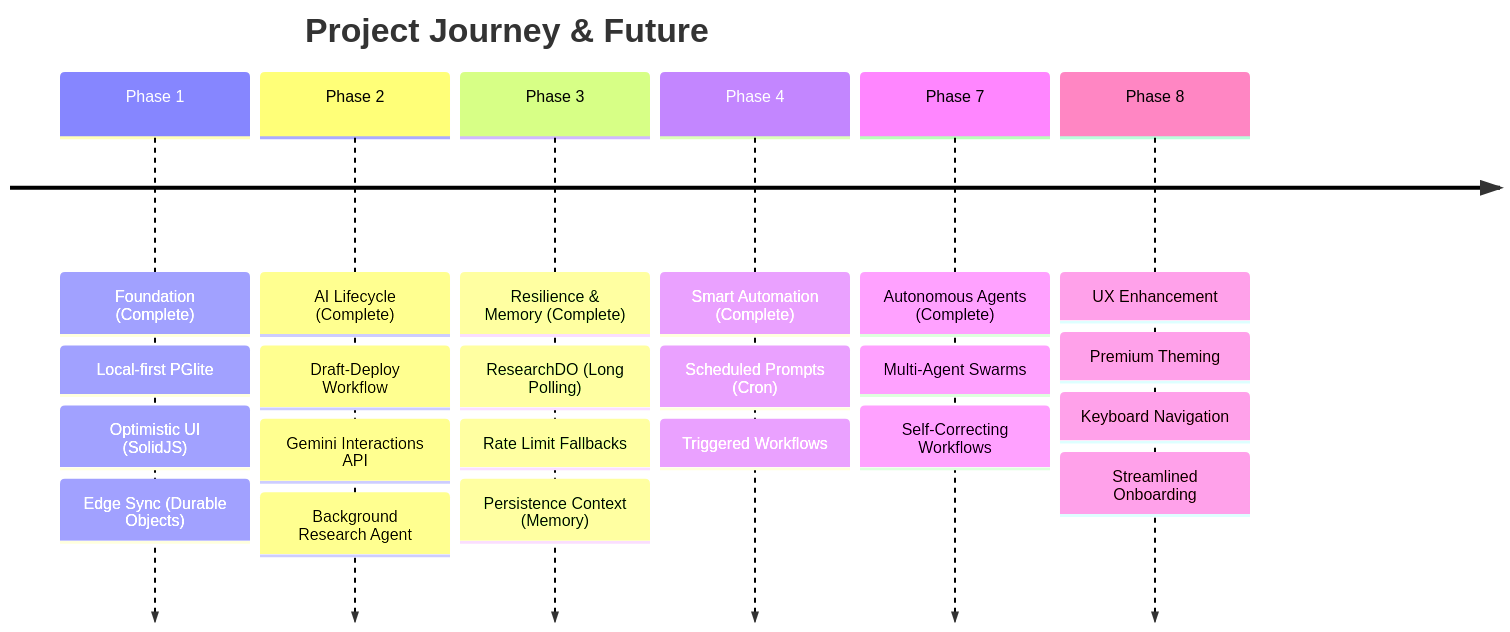
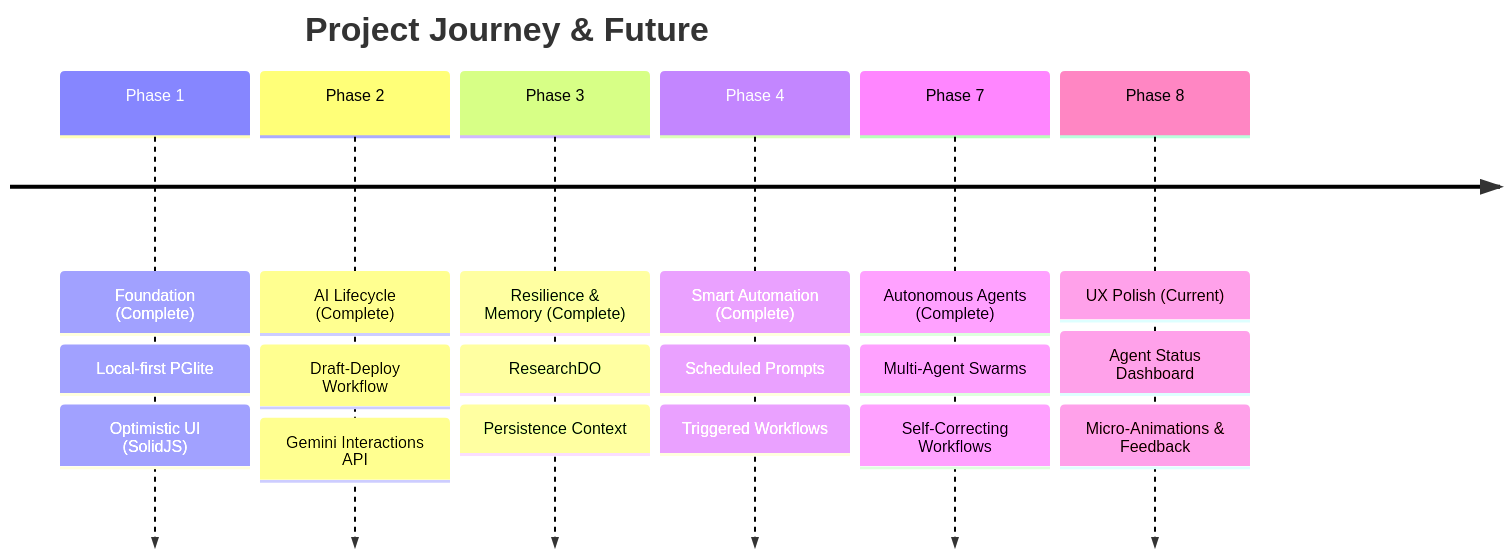
One commit to criticalinsight/trello-local-sync changed the diagram in ROADMAP.md. Above: the diagram before and after it, drawn with Mermaid. The commit also changed other lines of this file, not shown here.

````diff
--- a/ROADMAP.md
+++ b/ROADMAP.md
@@ -7,20 +7,16 @@
 ```mermaid
 timeline
     title Project Journey & Future
     Phase 1 : Foundation (Complete) : Local-first PGlite
             : Optimistic UI (SolidJS)
-            : Edge Sync (Durable Objects)
     Phase 2 : AI Lifecycle (Complete) : Draft-Deploy Workflow
             : Gemini Interactions API
-            : Background Research Agent
-    Phase 3 : Resilience & Memory (Complete) : ResearchDO (Long Polling)
-            : Rate Limit Fallbacks
-            : Persistence Context (Memory)
-    Phase 4 : Smart Automation (Complete) : Scheduled Prompts (Cron)
+    Phase 3 : Resilience & Memory (Complete) : ResearchDO
+            : Persistence Context
+    Phase 4 : Smart Automation (Complete) : Scheduled Prompts
             : Triggered Workflows
     Phase 7 : Autonomous Agents (Complete) : Multi-Agent Swarms
              : Self-Correcting Workflows
-    Phase 8 : UX Enhancement : Premium Theming
-             : Keyboard Navigation
-             : Streamlined Onboarding
+    Phase 8 : UX Polish (Current) : Agent Status Dashboard
+             : Micro-Animations & Feedback
 ```
````
